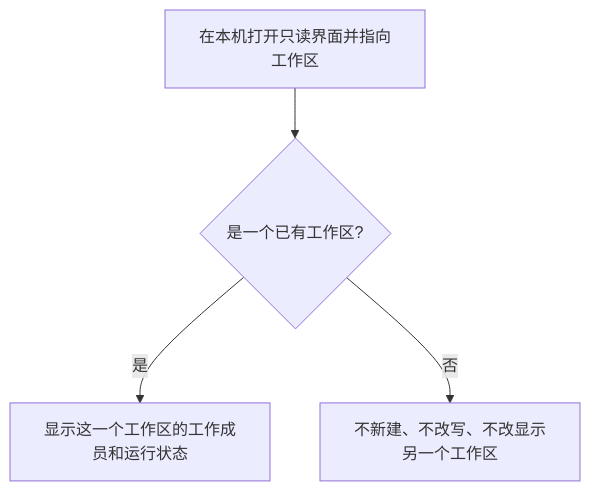
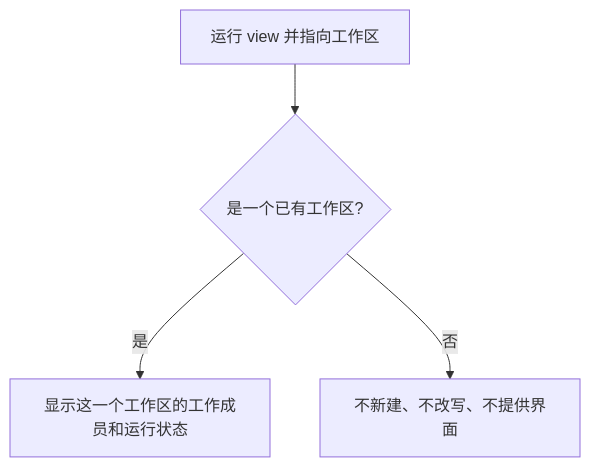
Before and after one commit to xforce-io/atelier: the second of 6 diagrams in docs/design/25-readonly-workspace-ui/product.md, drawn with Mermaid. The commit also changed other lines of this file and 7 other files, not shown here.

````diff
--- a/docs/design/25-readonly-workspace-ui/product.md
+++ b/docs/design/25-readonly-workspace-ui/product.md
@@ -113,6 +127,6 @@
 ```mermaid
 flowchart TD
-    A[在本机打开只读界面并指向工作区] --> B{是一个已有工作区?}
+    A[运行 view 并指向工作区] --> B{是一个已有工作区?}
     B -->|是| C[显示这一个工作区的工作成员和运行状态]
-    B -->|否| D[不新建、不改写、不改显示另一个工作区]
+    B -->|否| D[不新建、不改写、不提供界面]
 ```
````
